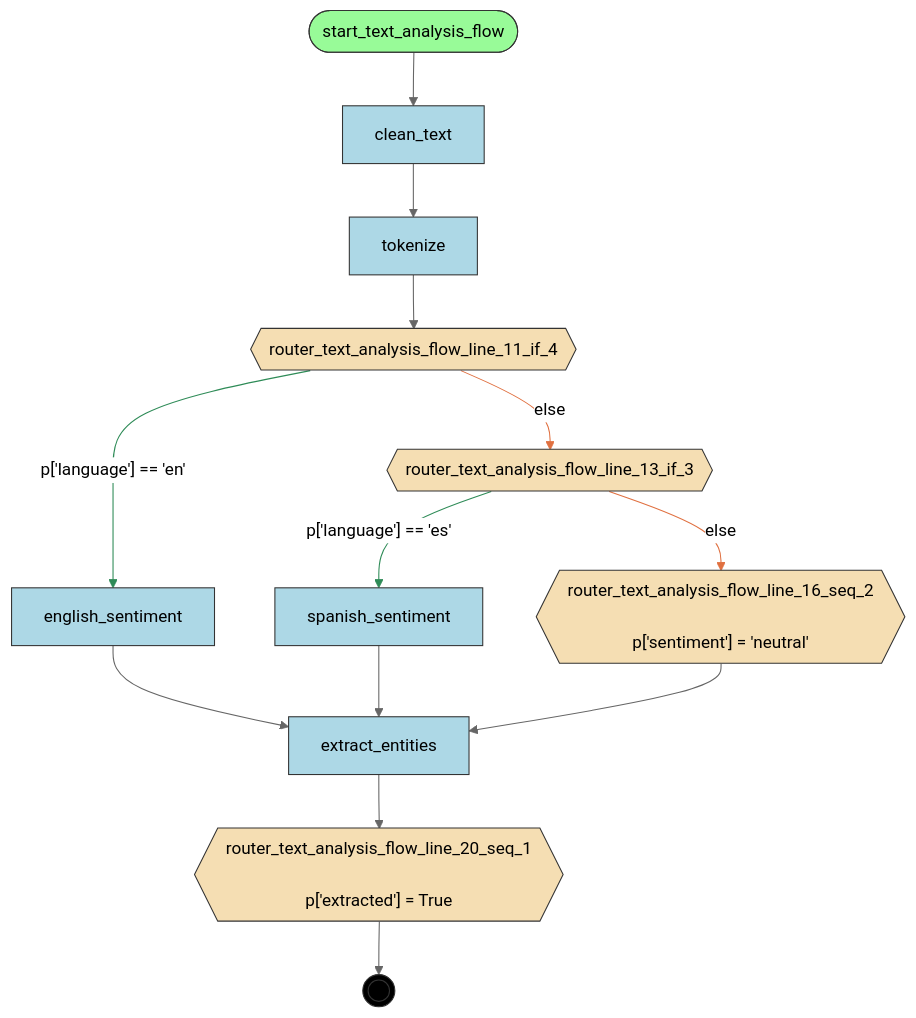
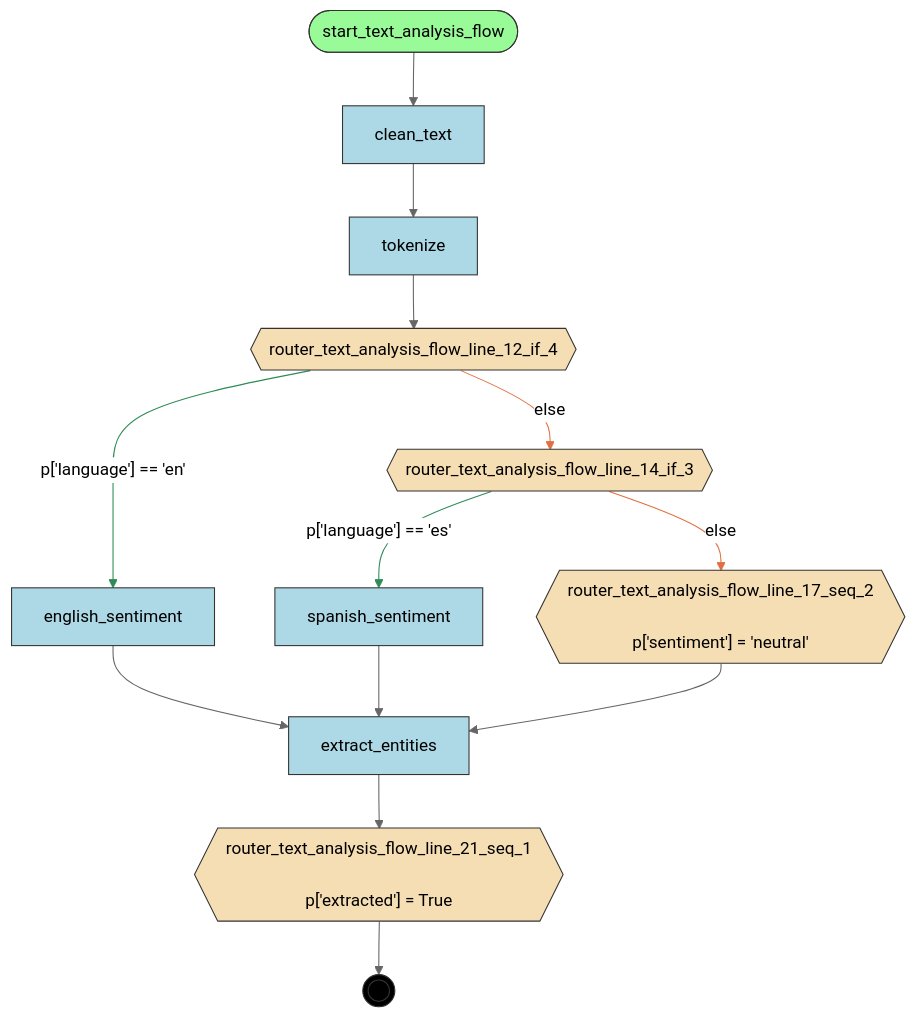
The diagram in examples/flows/compiled/text_analysis_flow/flow.mmd (deliveryhero/asya), drawn with Mermaid (neutral theme) before and after one commit. The commit also changed 18 other files, not shown here.

```diff
--- a/examples/flows/compiled/text_analysis_flow/flow.mmd
+++ b/examples/flows/compiled/text_analysis_flow/flow.mmd
@@ -1,39 +1,39 @@
 flowchart TD
     %% Flow: text_analysis_flow
 
     clean_text[clean_text]
     english_sentiment[english_sentiment]
     extract_entities[extract_entities]
-    router_text_analysis_flow_line_11_if_4{{router_text_analysis_flow_line_11_if_4}}
-    router_text_analysis_flow_line_13_if_3{{router_text_analysis_flow_line_13_if_3}}
-    router_text_analysis_flow_line_16_seq_2{{"router_text_analysis_flow_line_16_seq_2<br/><br/>p['sentiment'] = 'neutral'"}}
-    router_text_analysis_flow_line_20_seq_1{{"router_text_analysis_flow_line_20_seq_1<br/><br/>p['extracted'] = True"}}
+    router_text_analysis_flow_line_12_if_4{{router_text_analysis_flow_line_12_if_4}}
+    router_text_analysis_flow_line_14_if_3{{router_text_analysis_flow_line_14_if_3}}
+    router_text_analysis_flow_line_17_seq_2{{"router_text_analysis_flow_line_17_seq_2<br/><br/>p['sentiment'] = 'neutral'"}}
+    router_text_analysis_flow_line_21_seq_1{{"router_text_analysis_flow_line_21_seq_1<br/><br/>p['extracted'] = True"}}
     spanish_sentiment[spanish_sentiment]
     start_text_analysis_flow([start_text_analysis_flow])
     tokenize[tokenize]
     __end__((( )))
 
     start_text_analysis_flow --> clean_text
     clean_text --> tokenize
-    tokenize --> router_text_analysis_flow_line_11_if_4
-    router_text_analysis_flow_line_13_if_3 -->|"p['language'] == 'es'"| spanish_sentiment
-    router_text_analysis_flow_line_13_if_3 -->|"else"| router_text_analysis_flow_line_16_seq_2
-    router_text_analysis_flow_line_11_if_4 -->|"p['language'] == 'en'"| english_sentiment
+    tokenize --> router_text_analysis_flow_line_12_if_4
+    router_text_analysis_flow_line_14_if_3 -->|"p['language'] == 'es'"| spanish_sentiment
+    router_text_analysis_flow_line_14_if_3 -->|"else"| router_text_analysis_flow_line_17_seq_2
+    router_text_analysis_flow_line_12_if_4 -->|"p['language'] == 'en'"| english_sentiment
     english_sentiment --> extract_entities
-    extract_entities --> router_text_analysis_flow_line_20_seq_1
-    router_text_analysis_flow_line_11_if_4 -->|"else"| router_text_analysis_flow_line_13_if_3
+    extract_entities --> router_text_analysis_flow_line_21_seq_1
+    router_text_analysis_flow_line_12_if_4 -->|"else"| router_text_analysis_flow_line_14_if_3
     spanish_sentiment --> extract_entities
-    router_text_analysis_flow_line_16_seq_2 --> extract_entities
-    router_text_analysis_flow_line_20_seq_1 --> __end__
+    router_text_analysis_flow_line_17_seq_2 --> extract_entities
+    router_text_analysis_flow_line_21_seq_1 --> __end__
 
     classDef start fill:#98FB98,stroke:#333
     classDef endnode fill:#FFA07A,stroke:#333
     classDef router fill:#F5DEB3,stroke:#333
     classDef handler fill:#ADD8E6,stroke:#333
     classDef endpoint fill:#000,stroke:#333,color:#fff
     class start_text_analysis_flow start
-    class router_text_analysis_flow_line_11_if_4,router_text_analysis_flow_line_13_if_3,router_text_analysis_flow_line_16_seq_2,router_text_analysis_flow_line_20_seq_1 router
+    class router_text_analysis_flow_line_12_if_4,router_text_analysis_flow_line_14_if_3,router_text_analysis_flow_line_17_seq_2,router_text_analysis_flow_line_21_seq_1 router
     class clean_text,english_sentiment,extract_entities,spanish_sentiment,tokenize handler
     class __end__ endpoint
     linkStyle 3,5 stroke:#2E8B57
     linkStyle 4,8 stroke:#E07040
```
